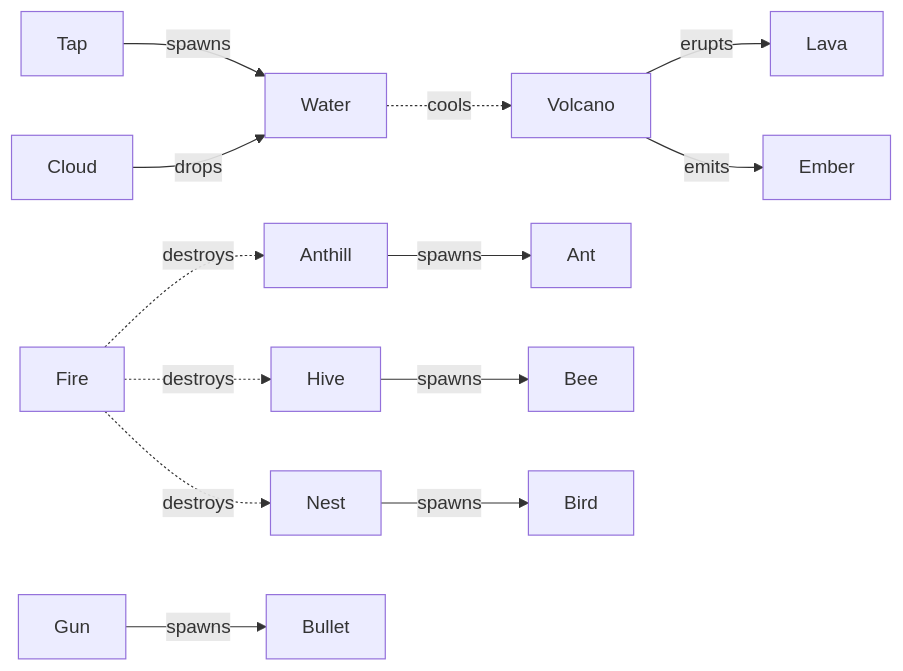
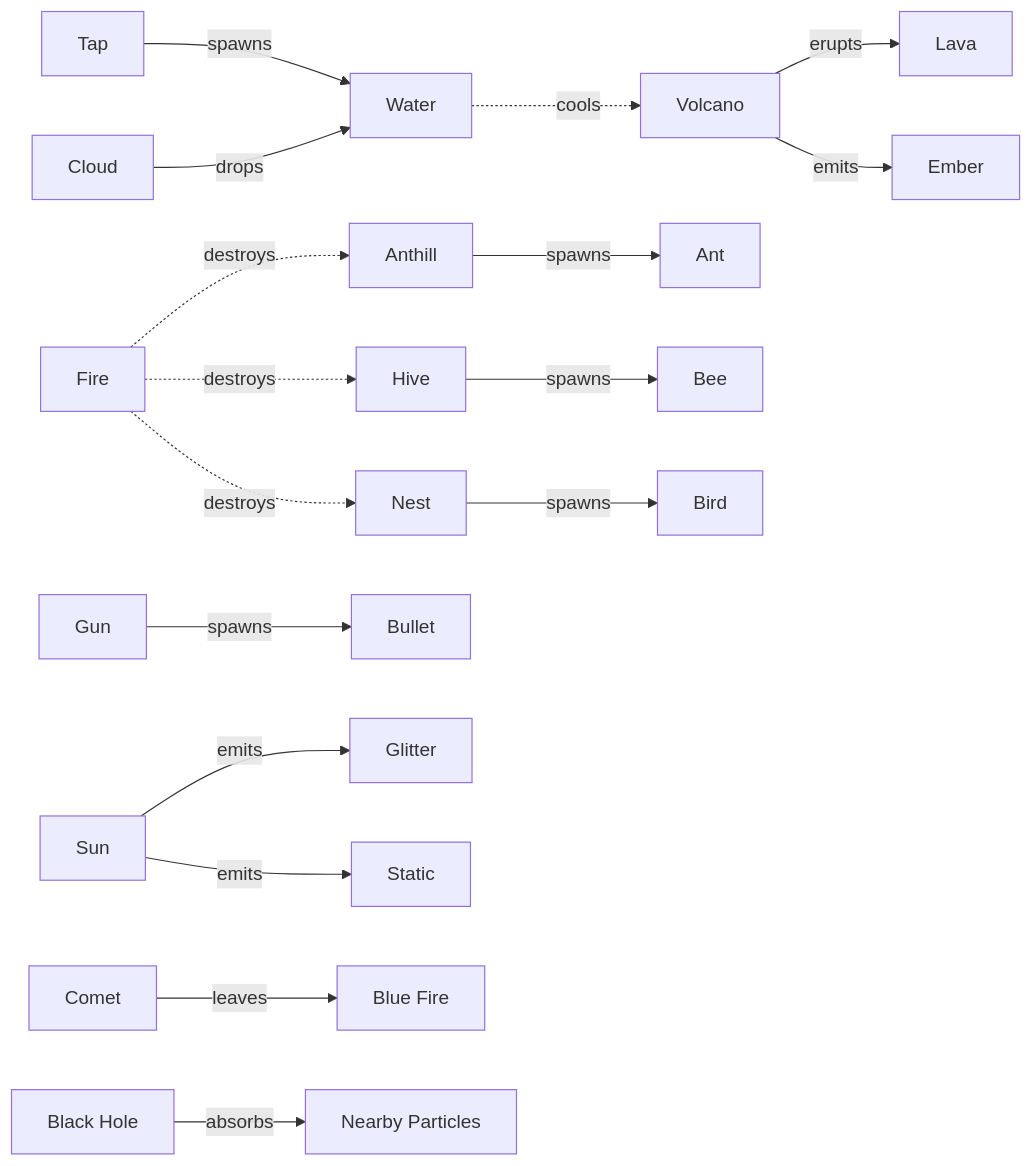
The third of 15 diagrams in README.md (VoX/ai-sand-fork), drawn with Mermaid before and after one commit. The commit also changed other lines of this file and 1 other file, not shown here.

First line of the commit message:
Enhance sun effects, update README with all new particles

````diff
--- a/README.md
+++ b/README.md
@@ -205,15 +237,19 @@
 ```mermaid
 flowchart LR
     Tap[Tap] -->|spawns| Water[Water]
     Cloud[Cloud] -->|drops| Water
     Volcano[Volcano] -->|erupts| Lava[Lava]
     Volcano -->|emits| Ember[Ember]
     Anthill[Anthill] -->|spawns| Ant[Ant]
     Hive[Hive] -->|spawns| Bee[Bee]
     Nest[Nest] -->|spawns| Bird[Bird]
     Gun[Gun] -->|spawns| Bullet[Bullet]
+    Star[Sun] -->|emits| Glitter[Glitter]
+    Star -->|emits| Static[Static]
+    Comet[Comet] -->|leaves| BlueFire[Blue Fire]
     Fire[Fire] -.->|destroys| Anthill
     Fire -.->|destroys| Hive
     Fire -.->|destroys| Nest
     Water -.->|cools| Volcano
+    BlackHole[Black Hole] -->|absorbs| NearbyParticles[Nearby Particles]
 ```
````
